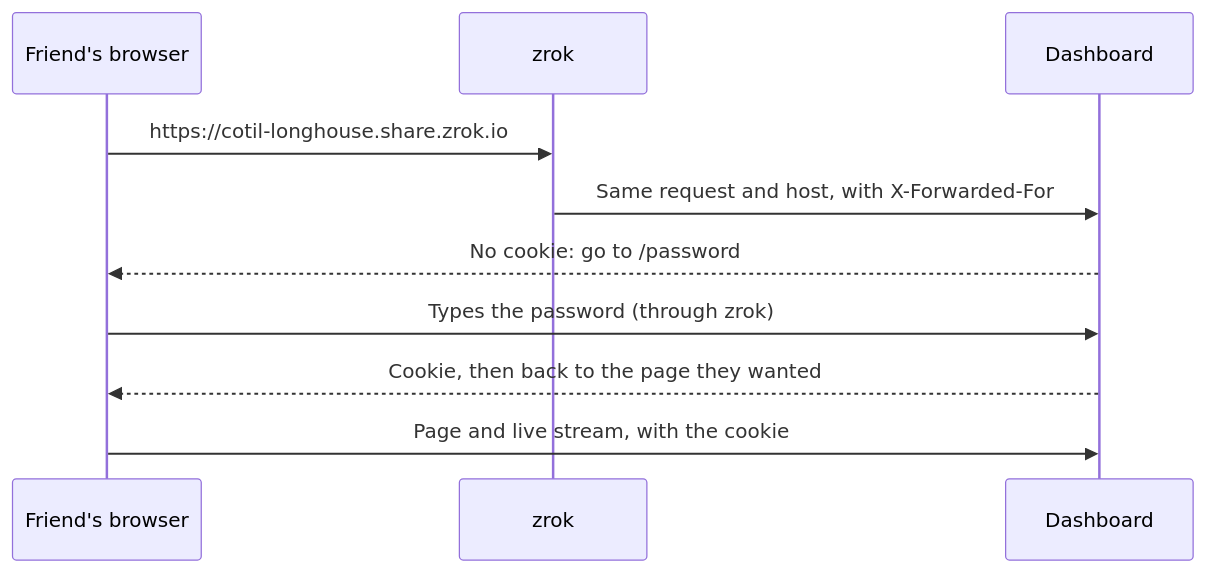
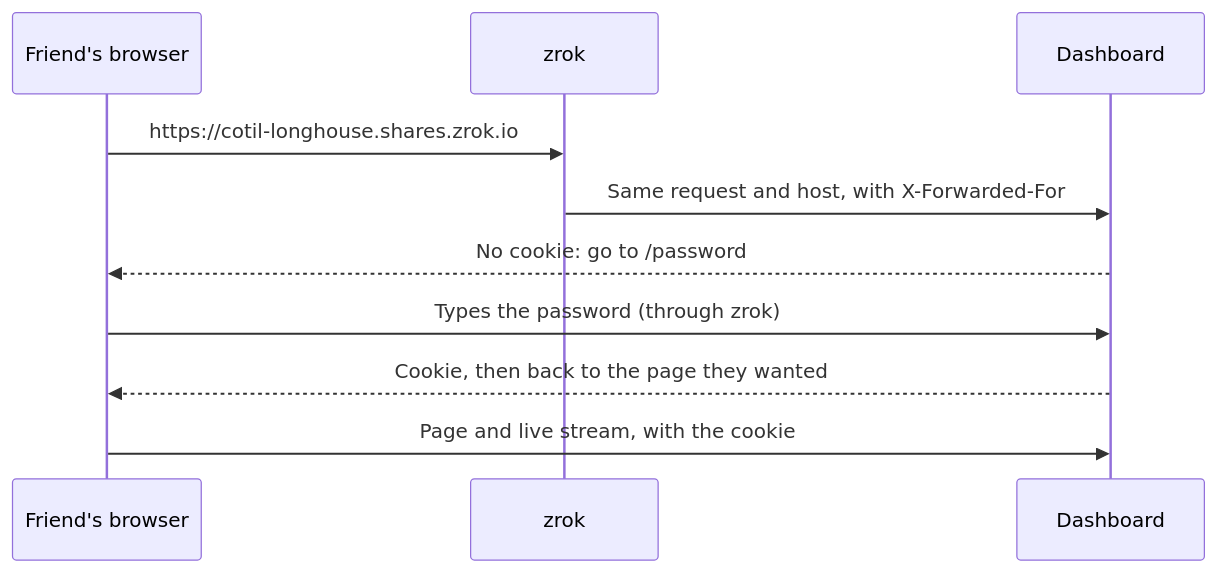
One commit to cristiadu/valheim-dashboard changed the seventh of 18 diagrams in docs/architecture.md. Above: the diagram before and after it, drawn with Mermaid. The commit also changed other lines of this file and 3 other files, not shown here.

Commit message:
Print the zrok link zrok really gives, on shares.zrok.io (#77)

````diff
--- a/docs/architecture.md
+++ b/docs/architecture.md
@@ -126,12 +126,12 @@
 ```mermaid
 sequenceDiagram
   participant F as Friend's browser
   participant Z as zrok
   participant D as Dashboard
-  F->>Z: https://cotil-longhouse.share.zrok.io
+  F->>Z: https://cotil-longhouse.shares.zrok.io
   Z->>D: Same request and host, with X-Forwarded-For
   D-->>F: No cookie: go to /password
   F->>D: Types the password (through zrok)
   D-->>F: Cookie, then back to the page they wanted
   F->>D: Page and live stream, with the cookie
 ```
````
